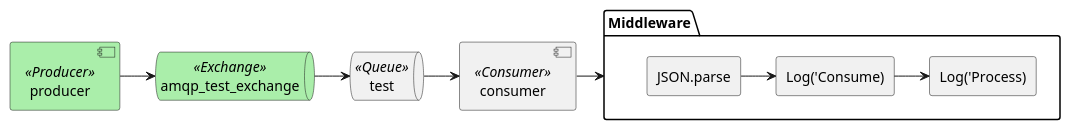
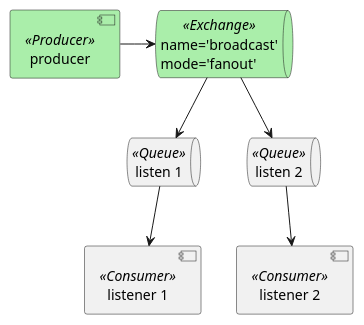
One commit to wdc-molfar/amqp-client changed the third of 7 diagrams in docs/oas/README.md. Above: the diagram before and after it, drawn with PlantUML. The commit also changed other lines of this file and 6 other files, not shown here.

```diff
--- a/docs/oas/README.md
+++ b/docs/oas/README.md
@@ -124,21 +949,20 @@
-@startuml
-
-component  "consumer" <<Consumer>> as Consumer 
-component  "producer" <<Producer>> as Producer #aaeeaa
-
-queue  "test" <<Queue>> as Queue
-queue  "amqp_test_exchange" <<Exchange>> as Exchange #aaeeaa 
-
-Producer -> Exchange
-Exchange -> Queue
-Queue -> Consumer
-Consumer -> Middleware
-
-skinparam componentStyle rectangle
-
-package Middleware {
-    [JSON.parse]->[Log('Consume)]
-    [Log('Consume)]->[Log('Process)] 
-}
-
-@enduml
+  @startuml
+  
+      component  "producer" <<Producer>> as Producer #aaeeaa
+      
+      queue  "name='broadcast'\nmode='fanout'" <<Exchange>> as broadcast #aaeeaa 
+      queue  "listen 1" <<Queue>> as l1
+      queue  "listen 2" <<Queue>> as l2
+      
+      component  "listener 1" <<Consumer>> as Listener1 
+      component  "listener 2" <<Consumer>> as Listener2 
+      
+      
+      
+      Producer -> broadcast
+      broadcast --> l1
+      broadcast --> l2
+      l1 --> Listener1
+      l2 --> Listener2
+  
+  @enduml
```
